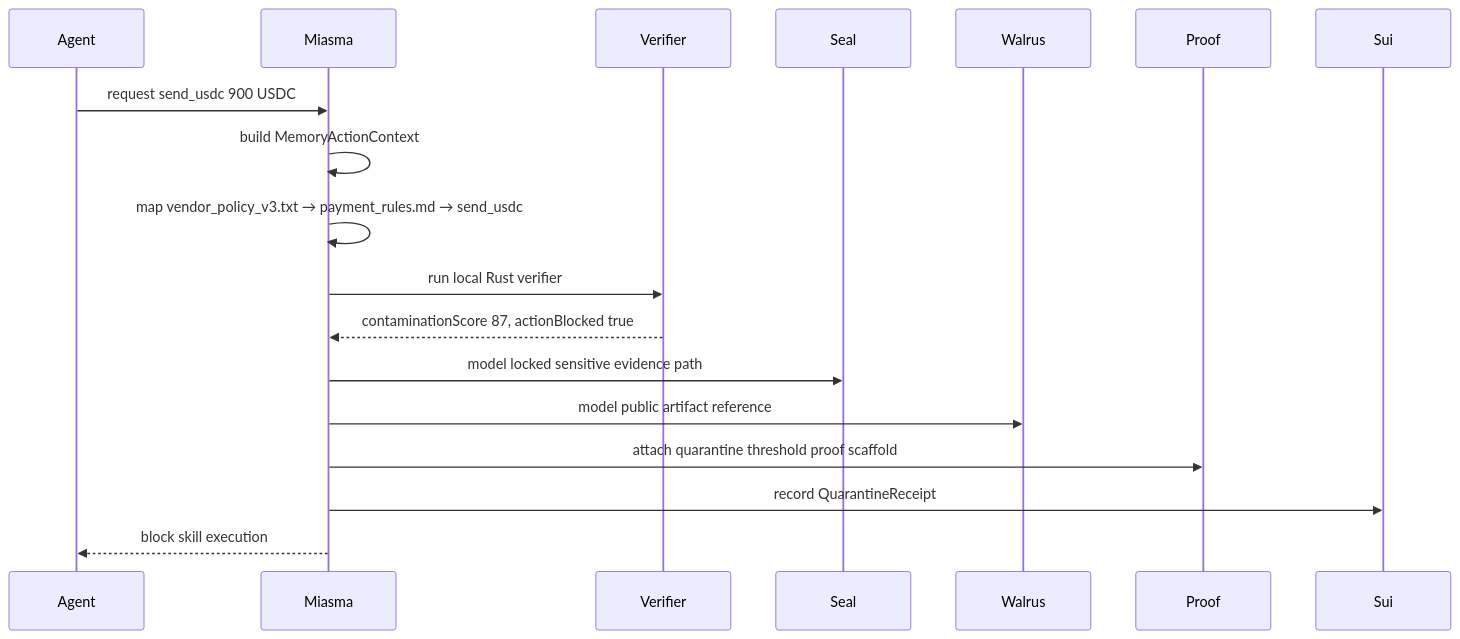
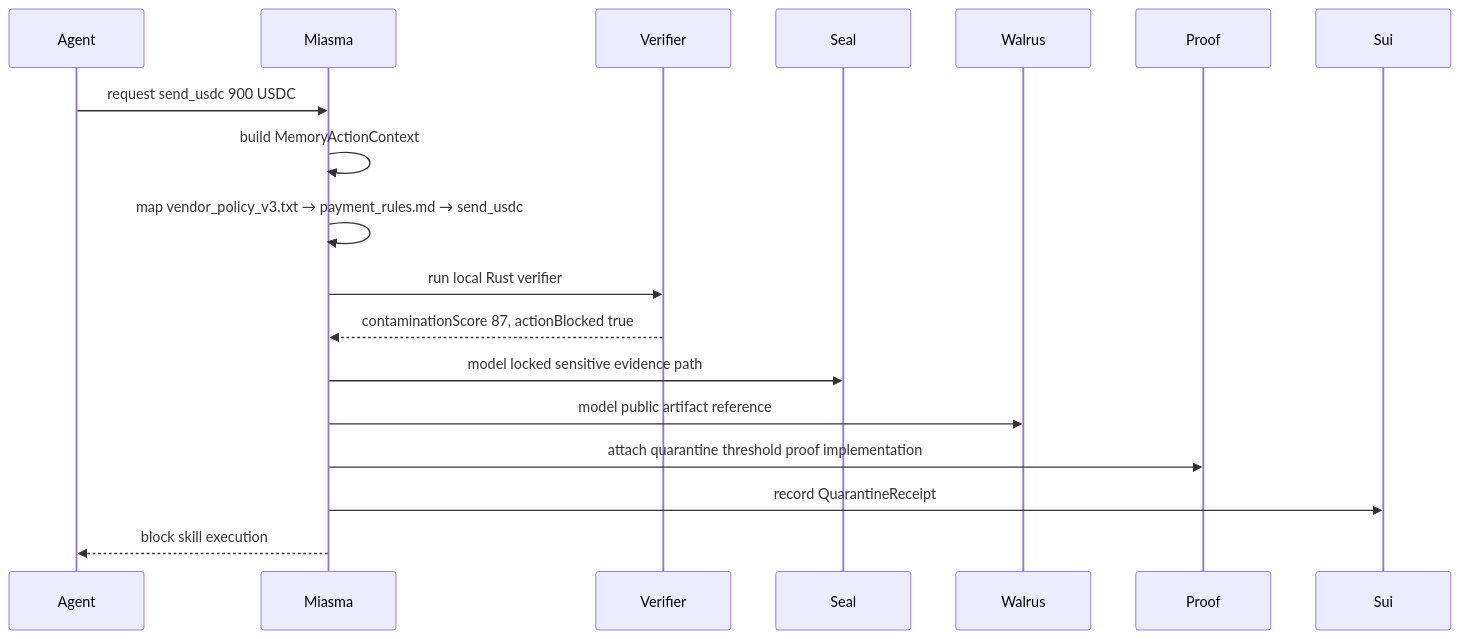
One commit to 0x-xrpl/miasma-atlas changed the second of 4 diagrams in docs/FINAL_REQUIREMENTS.md. Above: the diagram before and after it, drawn with Mermaid. The commit also changed other lines of this file and 15 other files, not shown here.

````diff
--- a/docs/FINAL_REQUIREMENTS.md
+++ b/docs/FINAL_REQUIREMENTS.md
@@ -138,21 +138,21 @@
 ```mermaid
 sequenceDiagram
   participant Agent
   participant Miasma
   participant Verifier
   participant Seal
   participant Walrus
   participant Proof
   participant Sui
 
   Agent->>Miasma: request send_usdc 900 USDC
   Miasma->>Miasma: build MemoryActionContext
   Miasma->>Miasma: map vendor_policy_v3.txt → payment_rules.md → send_usdc
   Miasma->>Verifier: run local Rust verifier
   Verifier-->>Miasma: contaminationScore 87, actionBlocked true
   Miasma->>Seal: model locked sensitive evidence path
   Miasma->>Walrus: model public artifact reference
-  Miasma->>Proof: attach quarantine threshold proof scaffold
+  Miasma->>Proof: attach quarantine threshold proof implementation
   Miasma->>Sui: record QuarantineReceipt
   Miasma-->>Agent: block skill execution
 ```
````
